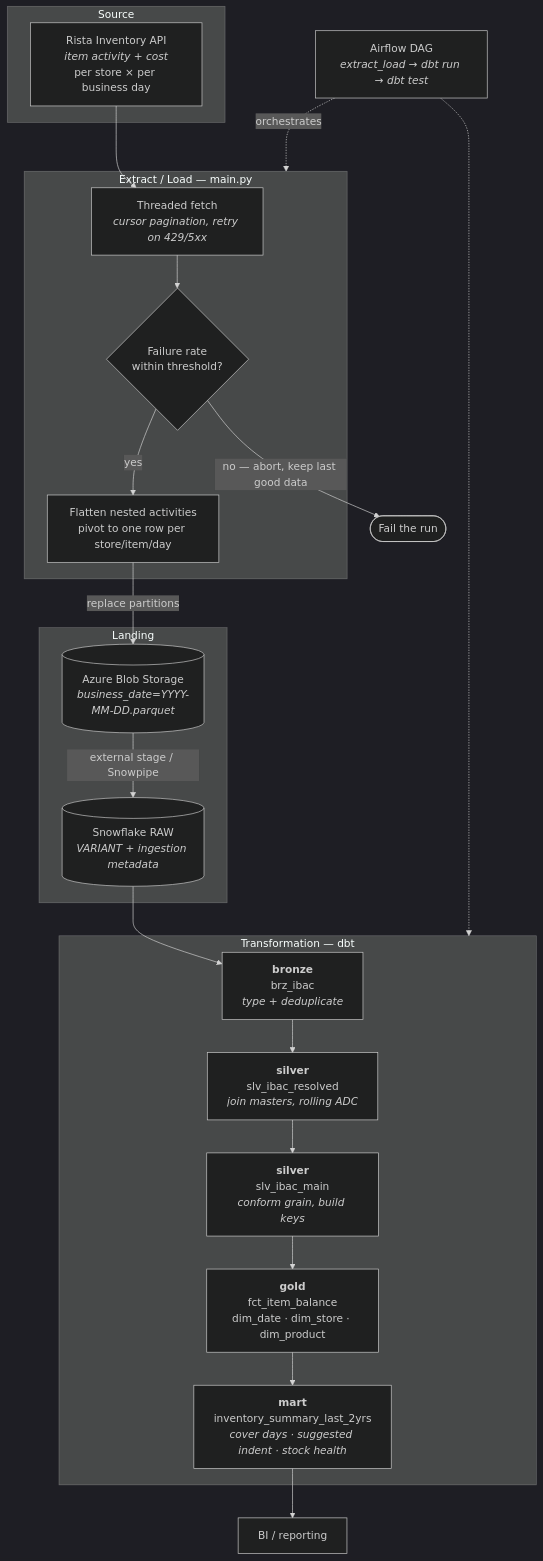
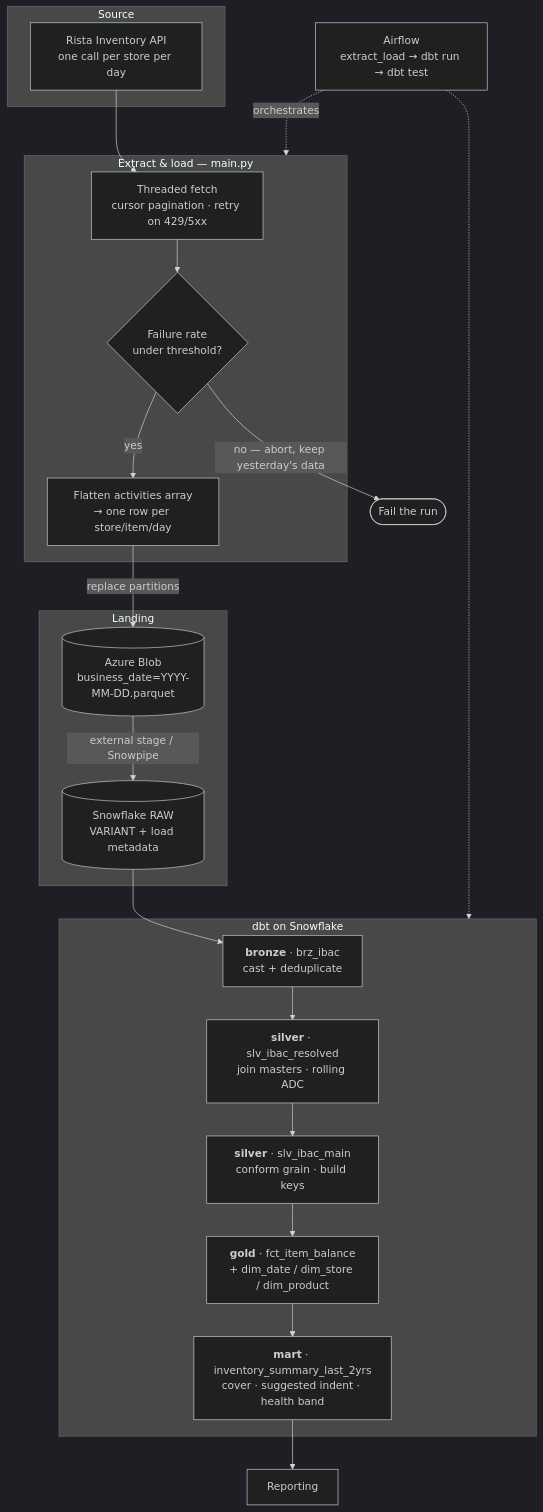
One commit to niluthpalchowdhury/dbt-snowflake-inventory-pipeline changed the diagram in README.md. Above: the diagram before and after it, drawn with Mermaid (dark theme). The commit also changed other lines of this file and 2 other files, not shown here.

````diff
--- a/README.md
+++ b/README.md
@@ -12,37 +23,37 @@
 ```mermaid
 flowchart TB
     subgraph SRC["Source"]
-        API["Rista Inventory API<br/><i>item activity + cost</i><br/>per store × per business day"]
+        API["Rista Inventory API<br/>one call per store per day"]
     end
 
-    subgraph EL["Extract / Load — main.py"]
-        FETCH["Threaded fetch<br/><i>cursor pagination, retry on 429/5xx</i>"]
-        GUARD{"Failure rate<br/>within threshold?"}
-        XFORM["Flatten nested activities<br/>pivot to one row per store/item/day"]
+    subgraph EL["Extract & load — main.py"]
+        FETCH["Threaded fetch<br/>cursor pagination · retry on 429/5xx"]
+        GUARD{"Failure rate<br/>under threshold?"}
+        XFORM["Flatten activities array<br/>→ one row per store/item/day"]
     end
 
     subgraph LAND["Landing"]
-        BLOB[("Azure Blob Storage<br/><i>business_date=YYYY-MM-DD.parquet</i>")]
-        RAW[("Snowflake RAW<br/><i>VARIANT + ingestion metadata</i>")]
+        BLOB[("Azure Blob<br/>business_date=YYYY-MM-DD.parquet")]
+        RAW[("Snowflake RAW<br/>VARIANT + load metadata")]
     end
 
-    subgraph DBT["Transformation — dbt"]
-        BRZ["<b>bronze</b><br/>brz_ibac<br/><i>type + deduplicate</i>"]
-        SLV1["<b>silver</b><br/>slv_ibac_resolved<br/><i>join masters, rolling ADC</i>"]
-        SLV2["<b>silver</b><br/>slv_ibac_main<br/><i>conform grain, build keys</i>"]
-        GOLD["<b>gold</b><br/>fct_item_balance<br/>dim_date · dim_store · dim_product"]
-        MART["<b>mart</b><br/>inventory_summary_last_2yrs<br/><i>cover days · suggested indent · stock health</i>"]
+    subgraph DBT["dbt on Snowflake"]
+        BRZ["<b>bronze</b> · brz_ibac<br/>cast + deduplicate"]
+        SLV1["<b>silver</b> · slv_ibac_resolved<br/>join masters · rolling ADC"]
+        SLV2["<b>silver</b> · slv_ibac_main<br/>conform grain · build keys"]
+        GOLD["<b>gold</b> · fct_item_balance<br/>+ dim_date / dim_store / dim_product"]
+        MART["<b>mart</b> · inventory_summary_last_2yrs<br/>cover · suggested indent · health band"]
     end
 
-    BI["BI / reporting"]
+    BI["Reporting"]
 
     API --> FETCH --> GUARD
-    GUARD -->|"no — abort, keep last good data"| STOP(["Fail the run"])
+    GUARD -->|"no — abort, keep yesterday's data"| STOP(["Fail the run"])
     GUARD -->|yes| XFORM
     XFORM -->|"replace partitions"| BLOB
     BLOB -->|"external stage / Snowpipe"| RAW
     RAW --> BRZ --> SLV1 --> SLV2 --> GOLD --> MART --> BI
 
-    AF["Airflow DAG<br/><i>extract_load → dbt run → dbt test</i>"] -.->|orchestrates| EL
+    AF["Airflow<br/>extract_load → dbt run → dbt test"] -.->|orchestrates| EL
     AF -.-> DBT
 ```
````
